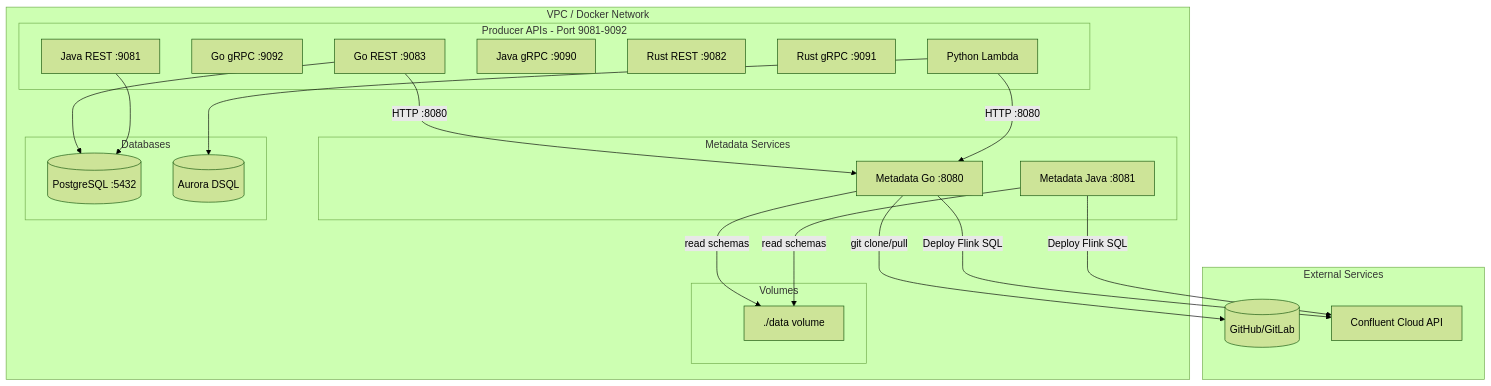
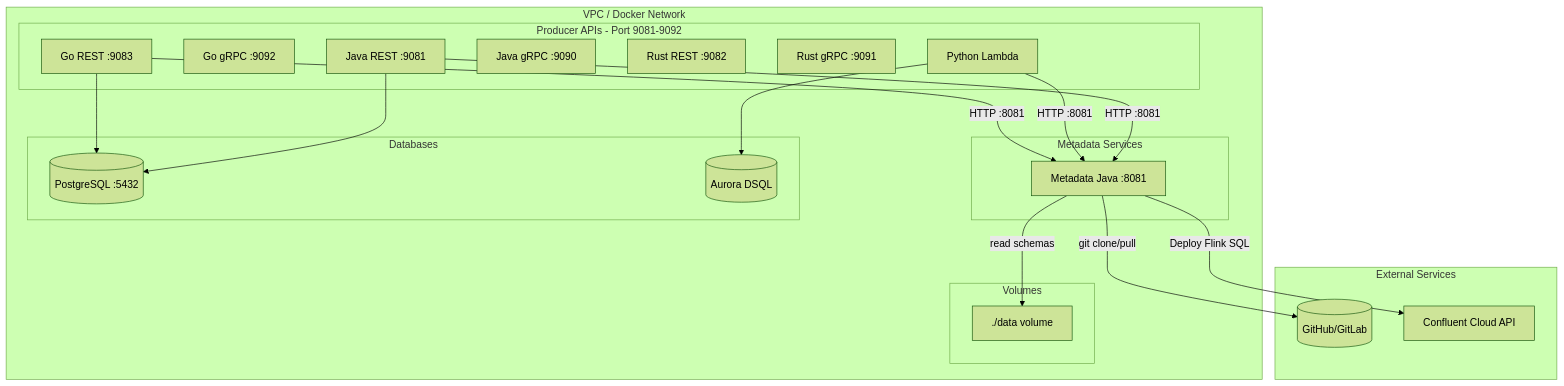
Before and after one commit to RickZee/api-performance-multi-lang: the sixth of 10 diagrams in metadata-service-java/METADATA_SERVICE_DOCUMENTATION.md, drawn with Mermaid (forest theme). The commit also changed other lines of this file and 44 other files, not shown here.

Commit message:
Deleted Go metadata service. We have Java version.

````diff
--- a/metadata-service-java/METADATA_SERVICE_DOCUMENTATION.md
+++ b/metadata-service-java/METADATA_SERVICE_DOCUMENTATION.md
@@ -260,47 +202,45 @@
 ```mermaid
 graph TB
     subgraph VPC [VPC / Docker Network]
         subgraph producers [Producer APIs - Port 9081-9092]
             GoREST[Go REST :9083]
             GoGRPC[Go gRPC :9092]
             JavaREST[Java REST :9081]
             JavaGRPC[Java gRPC :9090]
             RustREST[Rust REST :9082]
             RustGRPC[Rust gRPC :9091]
             PythonLambda[Python Lambda]
         end
 
         subgraph metadata [Metadata Services]
-            MetaGo[Metadata Go :8080]
             MetaJava[Metadata Java :8081]
         end
 
         subgraph databases [Databases]
             Postgres[(PostgreSQL :5432)]
             AuroraDSQL[(Aurora DSQL)]
         end
 
         subgraph volumes [Volumes]
             DataVol[./data volume]
         end
     end
 
     subgraph external [External Services]
         GitHub[(GitHub/GitLab)]
         ConfluentAPI[Confluent Cloud API]
     end
 
-    GoREST -->|HTTP :8080| MetaGo
-    PythonLambda -->|HTTP :8080| MetaGo
+    GoREST -->|HTTP :8081| MetaJava
+    PythonLambda -->|HTTP :8081| MetaJava
+    JavaREST -->|HTTP :8081| MetaJava
     
-    MetaGo -->|git clone/pull| GitHub
-    MetaGo -->|read schemas| DataVol
+    MetaJava -->|git clone/pull| GitHub
     MetaJava -->|read schemas| DataVol
     
-    MetaGo -->|Deploy Flink SQL| ConfluentAPI
     MetaJava -->|Deploy Flink SQL| ConfluentAPI
 
     GoREST --> Postgres
     JavaREST --> Postgres
     PythonLambda --> AuroraDSQL
 ```
````
